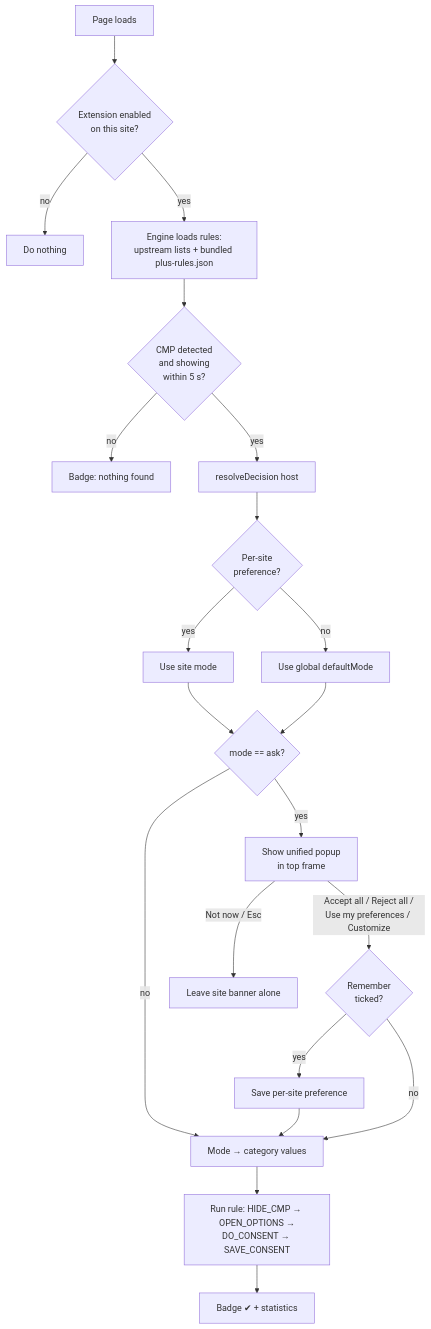
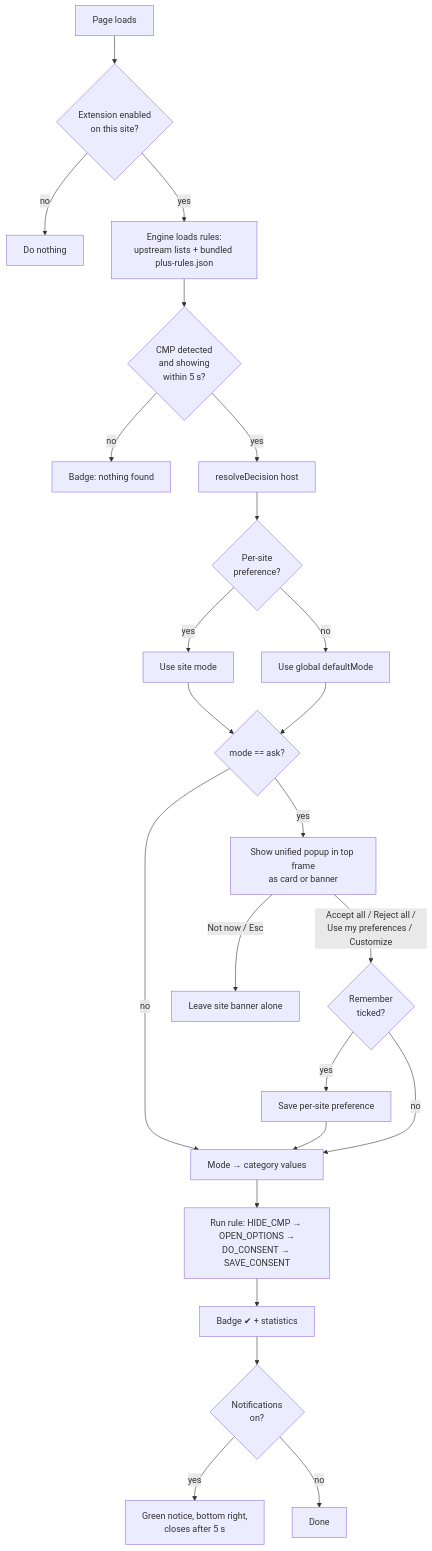
The diagram in docs/PLUS_DESIGN.md (cavi-au/Consent-O-Matic), drawn with Mermaid before and after one commit. The commit also changed other lines of this file and 44 other files, not shown here.

First line of the commit message:
Rebrand to Consent-o-Manual; add card/banner popup and action notification

````diff
--- a/docs/PLUS_DESIGN.md
+++ b/docs/PLUS_DESIGN.md
@@ -51,23 +64,26 @@
 ```mermaid
 flowchart TD
     A[Page loads] --> B{Extension enabled<br/>on this site?}
     B -- no --> Z[Do nothing]
     B -- yes --> C[Engine loads rules:<br/>upstream lists + bundled plus-rules.json]
     C --> D{CMP detected<br/>and showing<br/>within 5 s?}
     D -- no --> Z2[Badge: nothing found]
     D -- yes --> E[resolveDecision host]
     E --> F{Per-site<br/>preference?}
     F -- yes --> G[Use site mode]
     F -- no --> H[Use global defaultMode]
     G --> I{mode == ask?}
     H --> I
     I -- no --> J[Mode → category values]
-    I -- yes --> K[Show unified popup<br/>in top frame]
+    I -- yes --> K[Show unified popup in top frame<br/>as card or banner]
     K -- Not now / Esc --> Z3[Leave site banner alone]
     K -- Accept all / Reject all /<br/>Use my preferences / Customize --> L{Remember<br/>ticked?}
     L -- yes --> M[Save per-site preference]
     L -- no --> J
     M --> J
     J --> N[Run rule: HIDE_CMP → OPEN_OPTIONS →<br/>DO_CONSENT → SAVE_CONSENT]
     N --> O[Badge ✔ + statistics]
+    O --> P{Notifications<br/>on?}
+    P -- yes --> Q[Green notice, bottom right,<br/>closes after 5 s]
+    P -- no --> R[Done]
 ```
````
